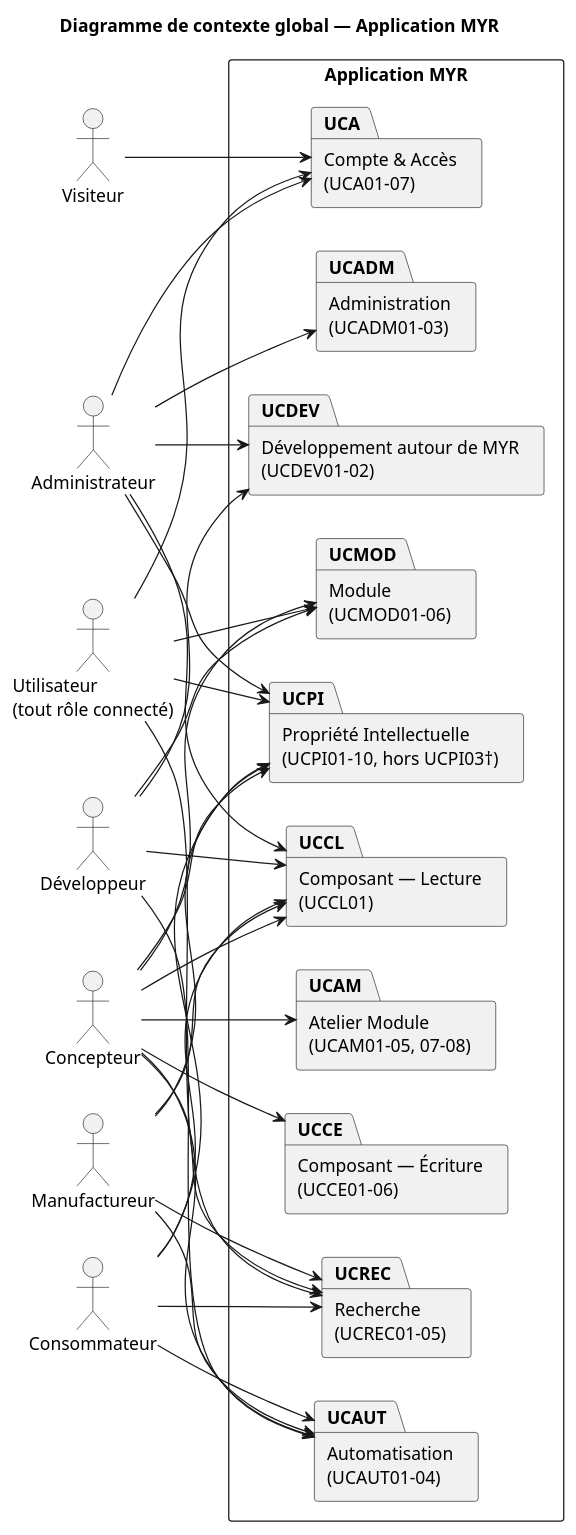
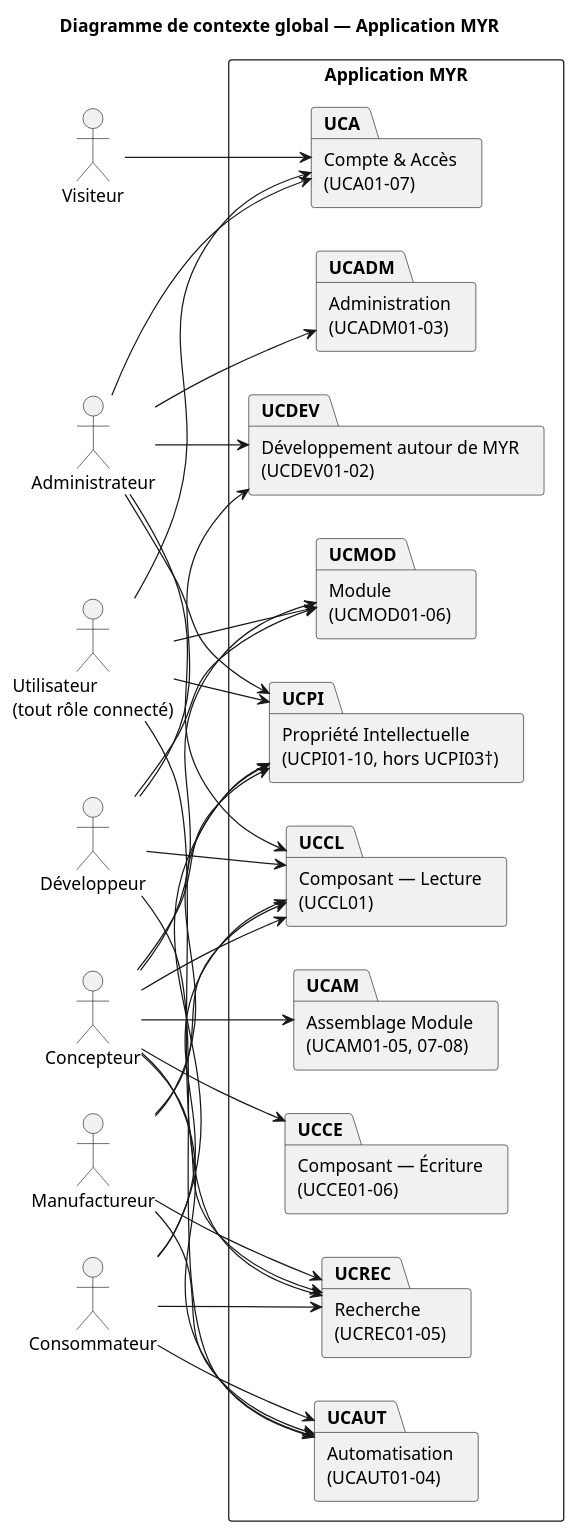
The fifth of 5 diagrams in specs/1-Expression/Expression_des_besoins_Intro.md (olivaux/myr), drawn with PlantUML before and after one commit. The commit also changed other lines of this file and 6 other files, not shown here.

````diff
--- a/specs/1-Expression/Expression_des_besoins_Intro.md
+++ b/specs/1-Expression/Expression_des_besoins_Intro.md
@@ -354,64 +354,64 @@
 ```plantuml
 @startuml
 title Diagramme de contexte global — Application MYR
 left to right direction
 
 actor "Visiteur" as V
 actor "Utilisateur\n(tout rôle connecté)" as U
 actor "Administrateur" as ADM
 actor "Concepteur" as C
 actor "Consommateur" as CL
 actor "Manufactureur" as M
 actor "Développeur" as D
 
 rectangle "Application MYR" {
     package "Compte & Accès\n(UCA01–07)" as UCA
     package "Administration\n(UCADM01–03)" as UCADM
     package "Composant — Écriture\n(UCCE01–06)" as UCCE
     package "Composant — Lecture\n(UCCL01)" as UCCL
-    package "Atelier Module\n(UCAM01–05, 07–08)" as UCAM
+    package "Assemblage Module\n(UCAM01–05, 07–08)" as UCAM
     package "Module\n(UCMOD01–06)" as UCMOD
     package "Propriété Intellectuelle\n(UCPI01–10, hors UCPI03†)" as UCPI
     package "Recherche\n(UCREC01–05)" as UCREC
     package "Automatisation\n(UCAUT01–04)" as UCAUT
     package "Développement autour de MYR\n(UCDEV01–02)" as UCDEV
 }
 
 V --> UCA
 
 U --> UCA
 U --> UCREC
 U --> UCMOD
 U --> UCPI
 
 ADM --> UCA
 ADM --> UCADM
 ADM --> UCCL
 ADM --> UCPI
 ADM --> UCDEV
 
 C --> UCCE
 C --> UCCL
 C --> UCAM
 C --> UCMOD
 C --> UCPI
 C --> UCREC
 C --> UCAUT
 
 CL --> UCCL
 CL --> UCPI
 CL --> UCREC
 CL --> UCAUT
 
 M --> UCCL
 M --> UCPI
 M --> UCREC
 M --> UCAUT
 
 D --> UCCL
 D --> UCMOD
 D --> UCAUT
 D --> UCDEV
 
 @enduml
 ```
````
